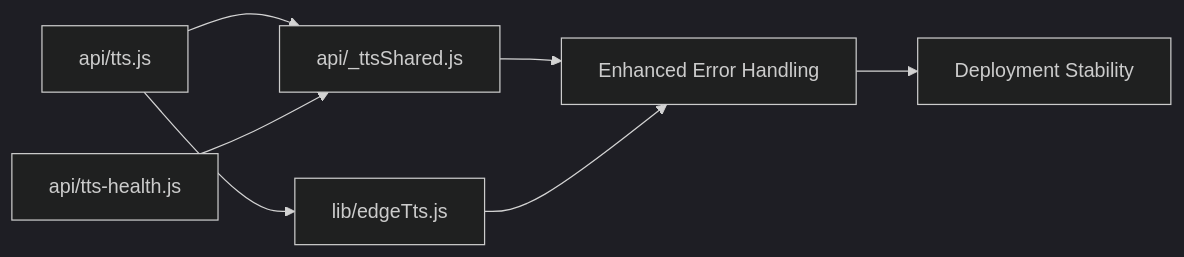
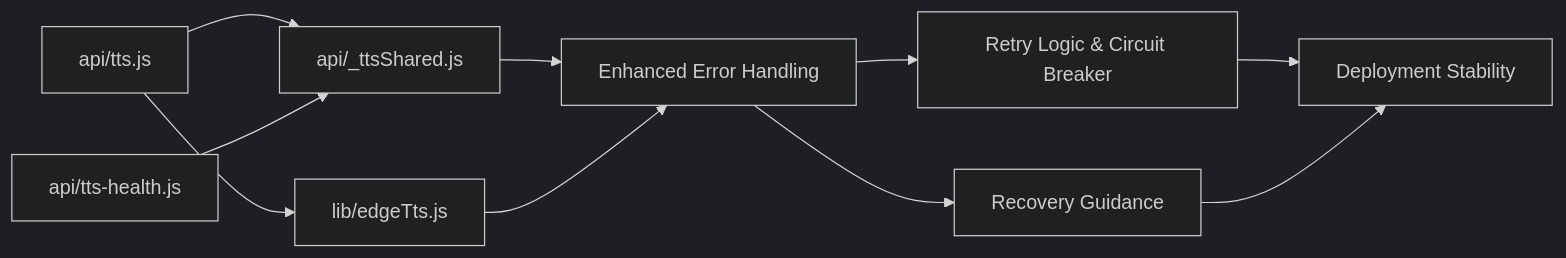
One commit to zmyeo54/briefroom changed the fifth of 5 diagrams in .qoder/repowiki/en/content/API Reference/Text-to-Speech API.md. Above: the diagram before and after it, drawn with Mermaid (dark theme). The commit also changed other lines of this file and 7 other files, not shown here.

First line of the commit message:
feat(tts): enhance stability with retry logic and circuit breaker patterns

````diff
--- a/.qoder/repowiki/en/content/API Reference/Text-to-Speech API.md
+++ b/.qoder/repowiki/en/content/API Reference/Text-to-Speech API.md
@@ -300,9 +375,12 @@
 ```mermaid
 graph LR
 A["api/tts.js"] --> B["api/_ttsShared.js"]
 A --> C["lib/edgeTts.js"]
 D["api/tts-health.js"] --> B
 B --> E["Enhanced Error Handling"]
 C --> E
-E --> F["Deployment Stability"]
+E --> F["Retry Logic & Circuit Breaker"]
+F --> G["Deployment Stability"]
+E --> H["Recovery Guidance"]
+H --> G
 ```
````
